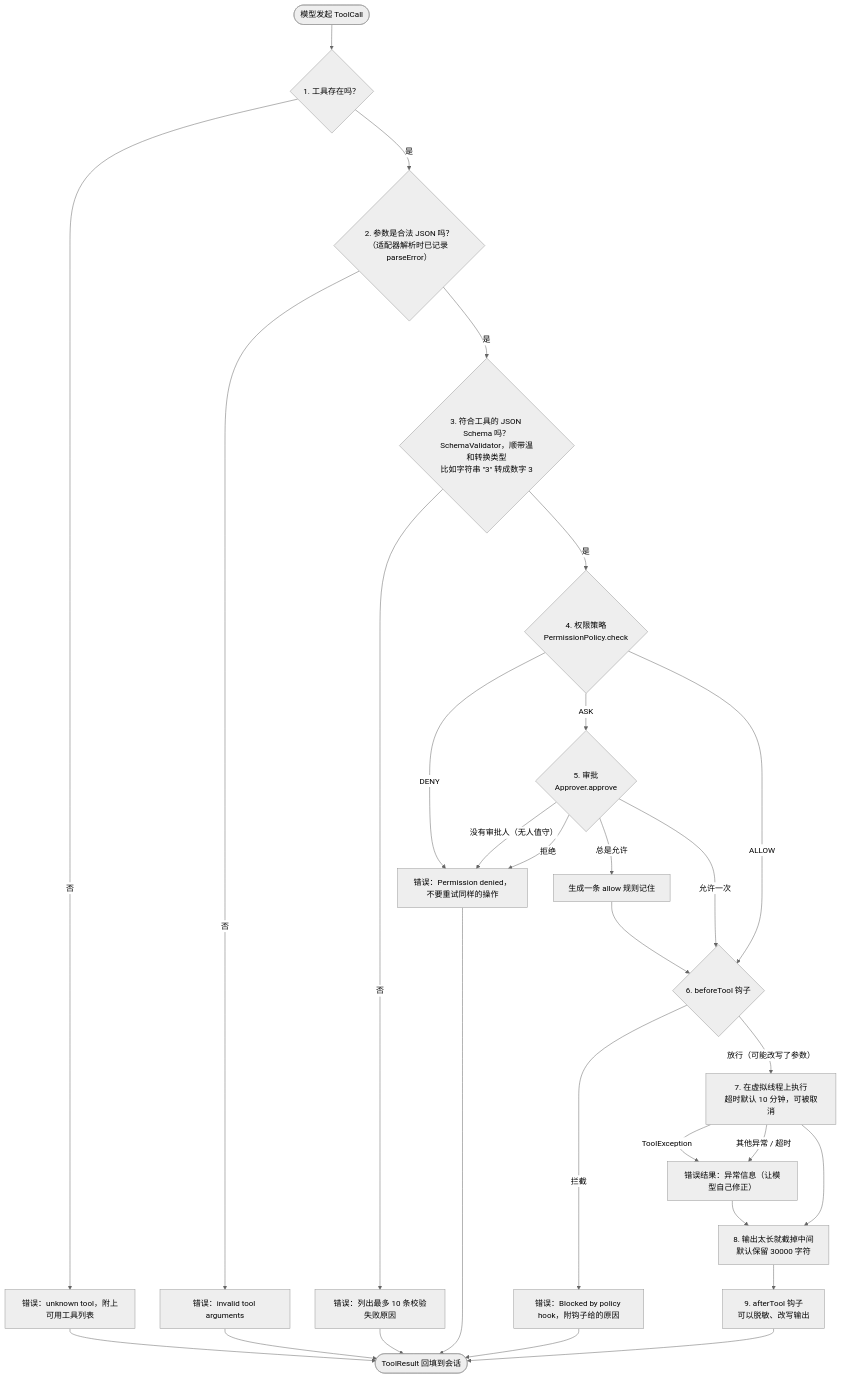
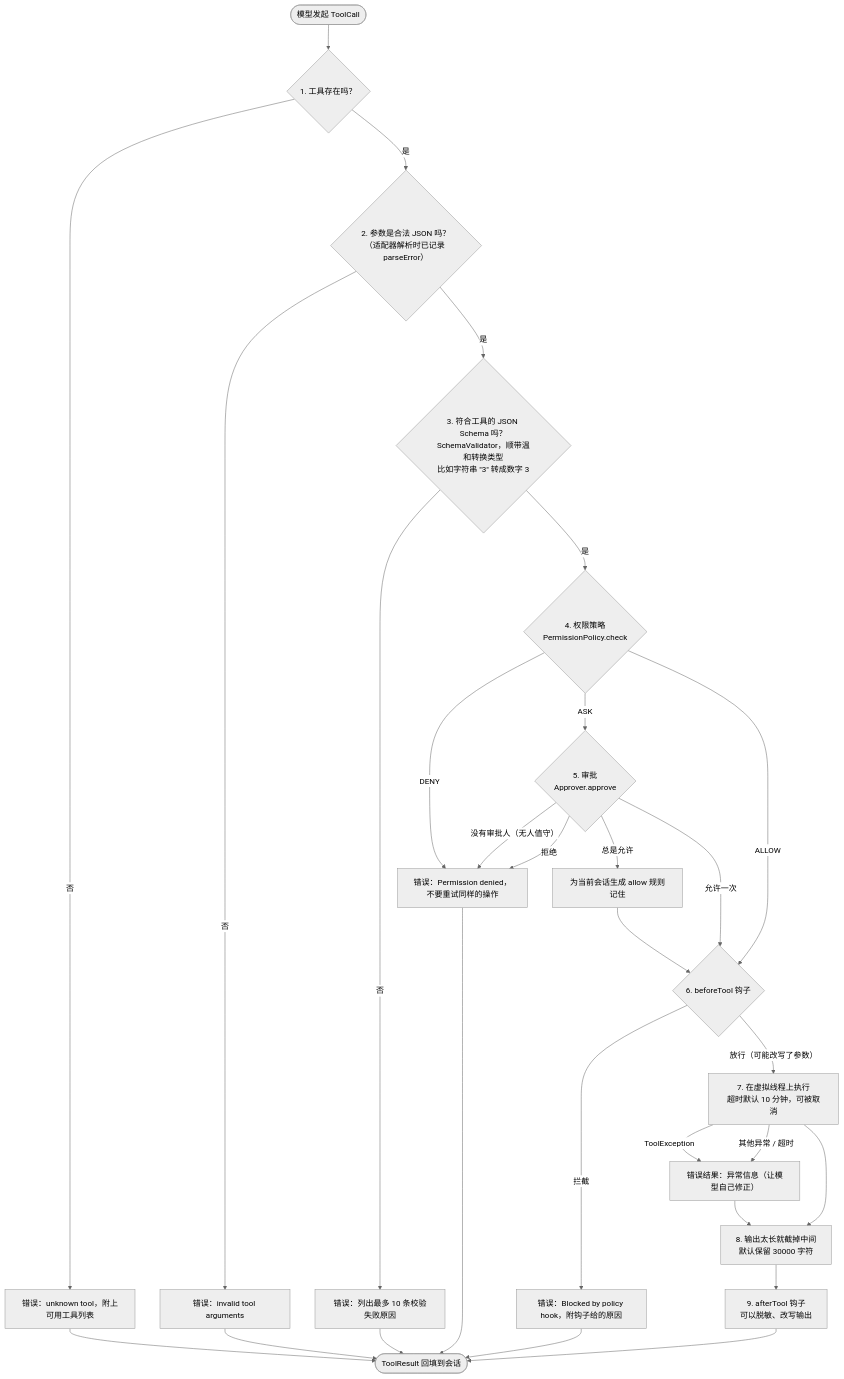
One commit to stackJx/agent-java changed the first of 5 diagrams in docs/04-tools-and-permissions.md. Above: the diagram before and after it, drawn with Mermaid (neutral theme). The commit also changed other lines of this file and 116 other files, not shown here.

````diff
--- a/docs/04-tools-and-permissions.md
+++ b/docs/04-tools-and-permissions.md
@@ -20,30 +20,30 @@
 ```mermaid
 flowchart TD
     start(["模型发起 ToolCall"]) --> g1{"1. 工具存在吗？"}
     g1 -- 否 --> e1["错误：unknown tool，附上可用工具列表"]
     g1 -- 是 --> g2{"2. 参数是合法 JSON 吗？<br/>（适配器解析时已记录 parseError）"}
     g2 -- 否 --> e2["错误：invalid tool arguments"]
     g2 -- 是 --> g3{"3. 符合工具的 JSON Schema 吗？<br/>SchemaValidator，顺带温和转换类型<br/>比如字符串 &quot;3&quot; 转成数字 3"}
     g3 -- 否 --> e3["错误：列出最多 10 条校验失败原因"]
     g3 -- 是 --> g4{"4. 权限策略<br/>PermissionPolicy.check"}
     g4 -- DENY --> e4["错误：Permission denied，不要重试同样的操作"]
     g4 -- ASK --> g5{"5. 审批<br/>Approver.approve"}
     g5 -- "没有审批人（无人值守）" --> e4
     g5 -- 拒绝 --> e4
-    g5 -- "总是允许" --> remember["生成一条 allow 规则记住"] --> g6
+    g5 -- "总是允许" --> remember["为当前会话生成 allow 规则记住"] --> g6
     g5 -- 允许一次 --> g6
     g4 -- ALLOW --> g6{"6. beforeTool 钩子"}
     g6 -- 拦截 --> e6["错误：Blocked by policy hook，附钩子给的原因"]
     g6 -- "放行（可能改写了参数）" --> run["7. 在虚拟线程上执行<br/>超时默认 10 分钟，可被取消"]
     run -- "ToolException" --> e7["错误结果：异常信息（让模型自己修正）"]
     run -- "其他异常 / 超时" --> e7
     run --> trunc["8. 输出太长就截掉中间<br/>默认保留 30000 字符"]
     e7 --> trunc
     trunc --> after["9. afterTool 钩子<br/>可以脱敏、改写输出"]
     after --> done(["ToolResult 回填到会话"])
     e1 --> done
     e2 --> done
     e3 --> done
     e4 --> done
     e6 --> done
 ```
````
